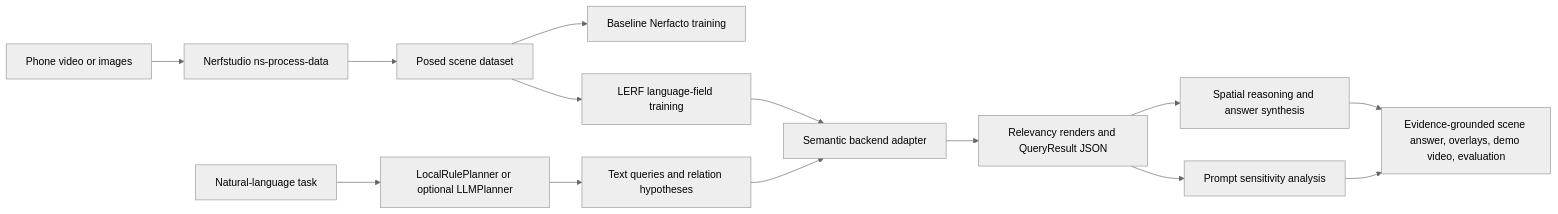
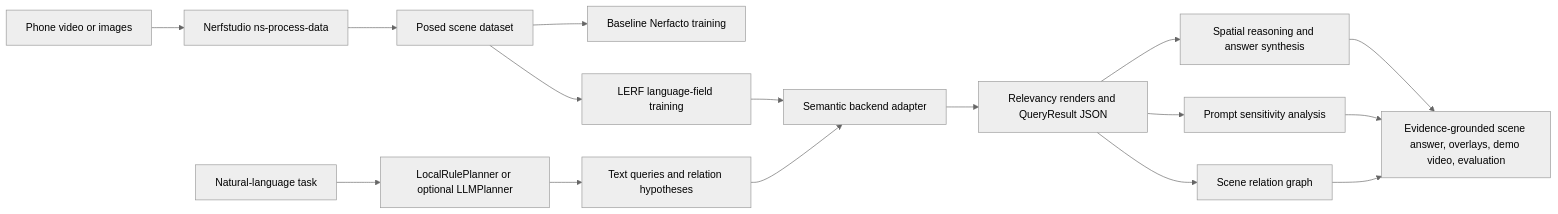
One commit to woshiluozhi/nerf-llm-scene-inspector changed the diagram in README.md. Above: the diagram before and after it, drawn with Mermaid (neutral theme). The commit also changed other lines of this file and 21 other files, not shown here.

Commit message:
Add scene relation graph analysis

````diff
--- a/README.md
+++ b/README.md
@@ -81,16 +82,18 @@
 ```mermaid
 flowchart LR
   A[Phone video or images] --> B[Nerfstudio ns-process-data]
   B --> C[Posed scene dataset]
   C --> D[Baseline Nerfacto training]
   C --> E[LERF language-field training]
   E --> F[Semantic backend adapter]
   G[Natural-language task] --> H[LocalRulePlanner or optional LLMPlanner]
   H --> I[Text queries and relation hypotheses]
   I --> F
   F --> J[Relevancy renders and QueryResult JSON]
   J --> K[Spatial reasoning and answer synthesis]
   J --> M[Prompt sensitivity analysis]
+  J --> N[Scene relation graph]
   K --> L[Evidence-grounded scene answer, overlays, demo video, evaluation]
   M --> L
+  N --> L
 ```
````
